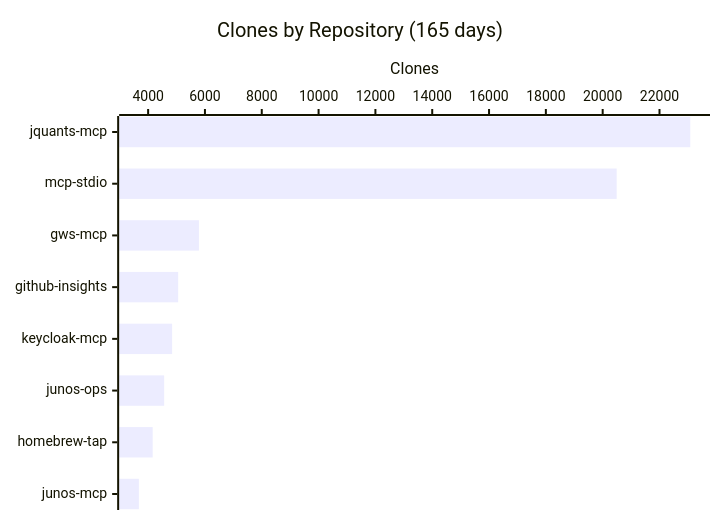
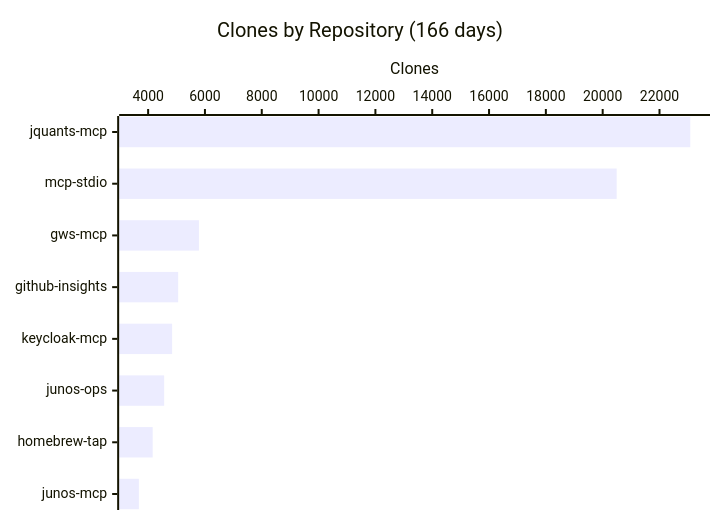
Before and after one commit to shigechika/github-insights: the fourth of 4 diagrams in README.md, drawn with Mermaid. The commit also changed other lines of this file and 2 other files, not shown here.

````diff
--- a/README.md
+++ b/README.md
@@ -58,7 +58,7 @@
 ```mermaid
 xychart-beta horizontal
-    title "Clones by Repository (165 days)"
+    title "Clones by Repository (166 days)"
     x-axis ["jquants-mcp", "mcp-stdio", "gws-mcp", "github-insights", "keycloak-mcp", "junos-ops", "homebrew-tap", "junos-mcp"]
     y-axis "Clones"
     bar [23083, 20492, 5788, 5058, 4845, 4564, 4160, 3675]
 ```
````
